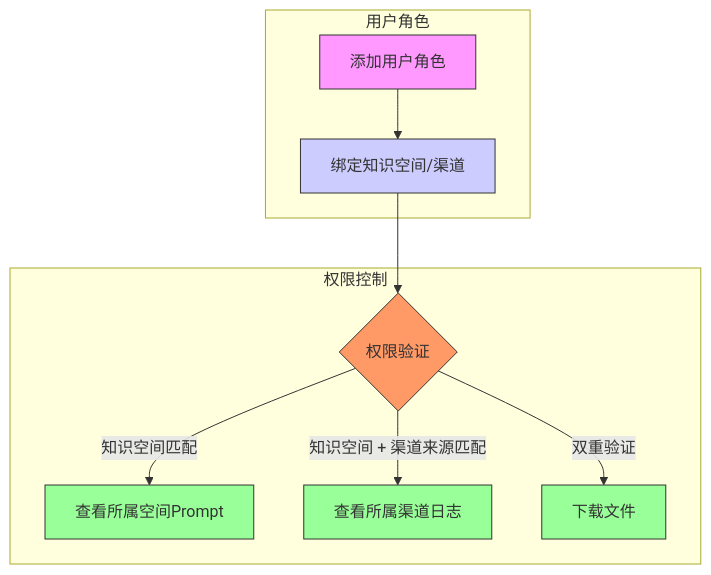
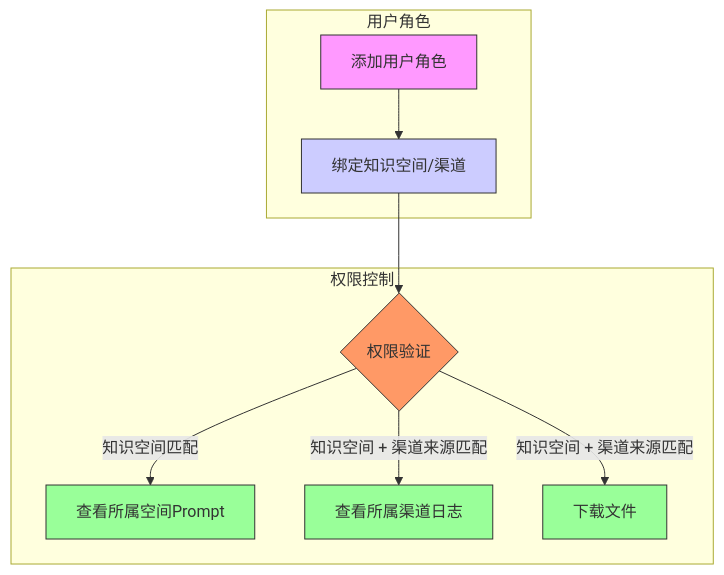
Before and after one commit to funnyData/iodraw-files: the diagram in all/未命名-2.md, drawn with Mermaid.

Commit message:
2025-03-11 19:22:17 update

````diff
--- a/all/未命名-2.md
+++ b/all/未命名-2.md
@@ -1,20 +1,20 @@
 ```mermaid
 flowchart TD
     subgraph 用户角色
         A[添加用户角色] --> B[绑定知识空间/渠道]
     end
 
     subgraph 权限控制
         B --> F{权限验证}
         F -->|知识空间匹配| C[查看所属空间Prompt]
         F -->|知识空间 + 渠道来源匹配| D[查看所属渠道日志]
-        F -->|双重验证| E[下载文件]
+        F -->|知识空间 + 渠道来源匹配| E[下载文件]
     end
 
     style A fill:#f9f,stroke:#333
     style B fill:#ccf,stroke:#333
     style F fill:#f96,stroke:#333
     style C fill:#9f9,stroke:#333
     style D fill:#9f9,stroke:#333
     style E fill:#9f9,stroke:#333
 ```
````
